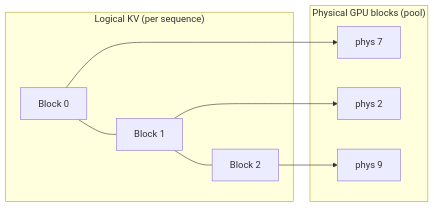
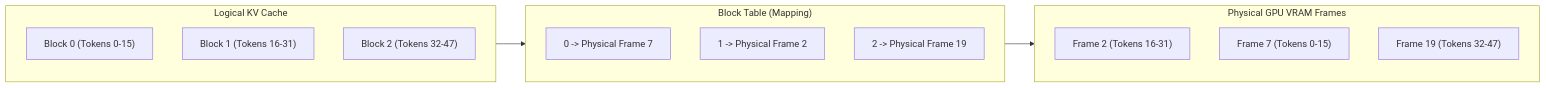
Before and after one commit to 1345AbhishekKumar/cs-cookbook: the fifth of 6 diagrams in content/docs/ai-agents/agentic-ai/03-moe-decoding-and-inference.mdx, drawn with Mermaid. The commit also changed other lines of this file and 299 other files, not shown here.

````diff
--- a/content/docs/ai-agents/agentic-ai/03-moe-decoding-and-inference.mdx
+++ b/content/docs/ai-agents/agentic-ai/03-moe-decoding-and-inference.mdx
@@ -147,14 +251,22 @@
 ```mermaid
 flowchart LR
-    subgraph Logical["Logical KV (per sequence)"]
-        L1["Block 0"] --- L2["Block 1"] --- L3["Block 2"]
+    subgraph Logical["Logical KV Cache"]
+        L0["Block 0 (Tokens 0-15)"]
+        L1["Block 1 (Tokens 16-31)"]
+        L2["Block 2 (Tokens 32-47)"]
     end
-    subgraph Physical["Physical GPU blocks (pool)"]
-        P7["phys 7"]
-        P2["phys 2"]
-        P9["phys 9"]
+
+    subgraph Table["Block Table (Mapping)"]
+        T0["0 -> Physical Frame 7"]
+        T1["1 -> Physical Frame 2"]
+        T2["2 -> Physical Frame 19"]
     end
-    L1 --> P7
-    L2 --> P2
-    L3 --> P9
+
+    subgraph Physical["Physical GPU VRAM Frames"]
+        P2["Frame 2 (Tokens 16-31)"]
+        P7["Frame 7 (Tokens 0-15)"]
+        P19["Frame 19 (Tokens 32-47)"]
+    end
+
+    Logical --> Table --> Physical
 ```
````
